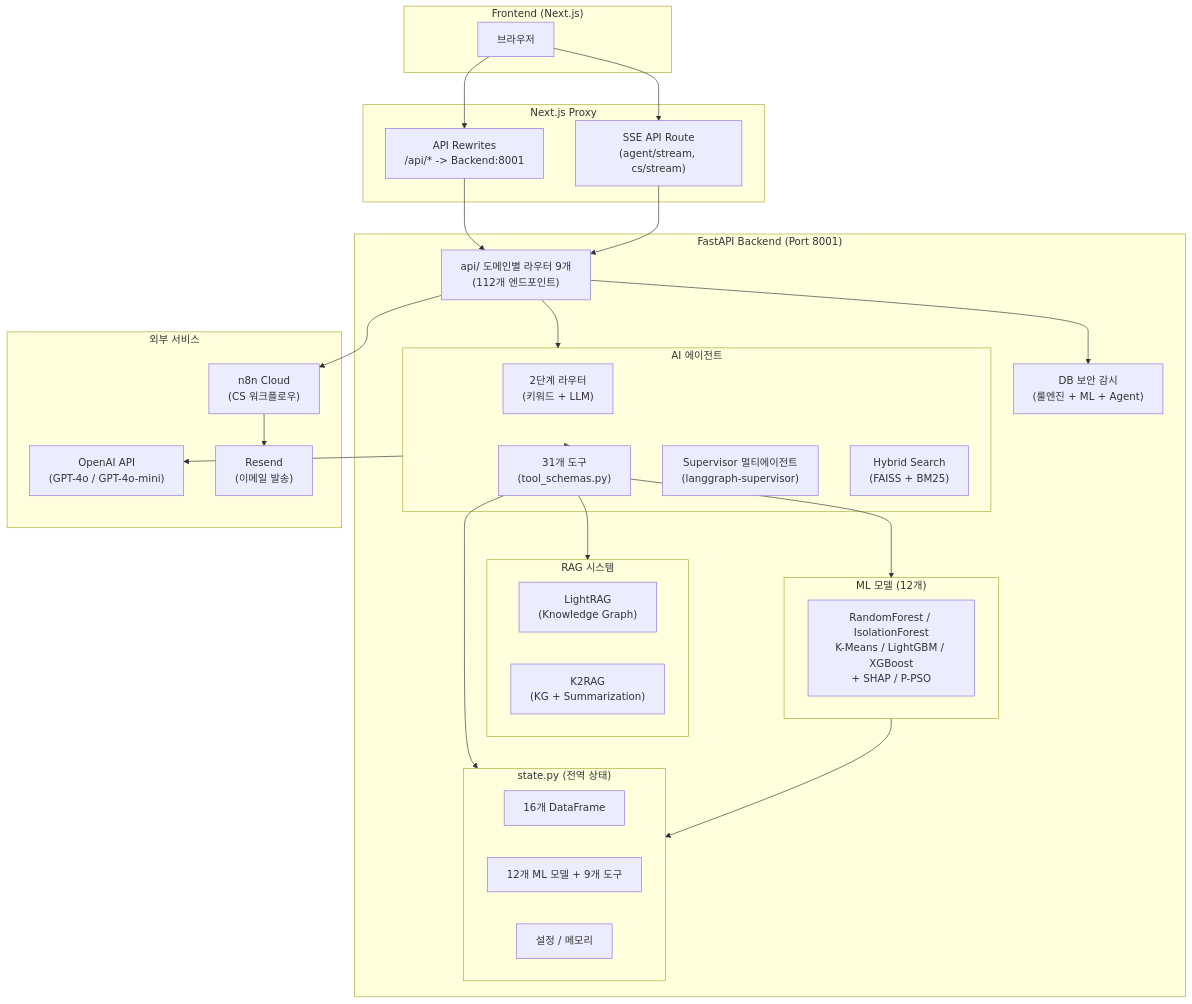
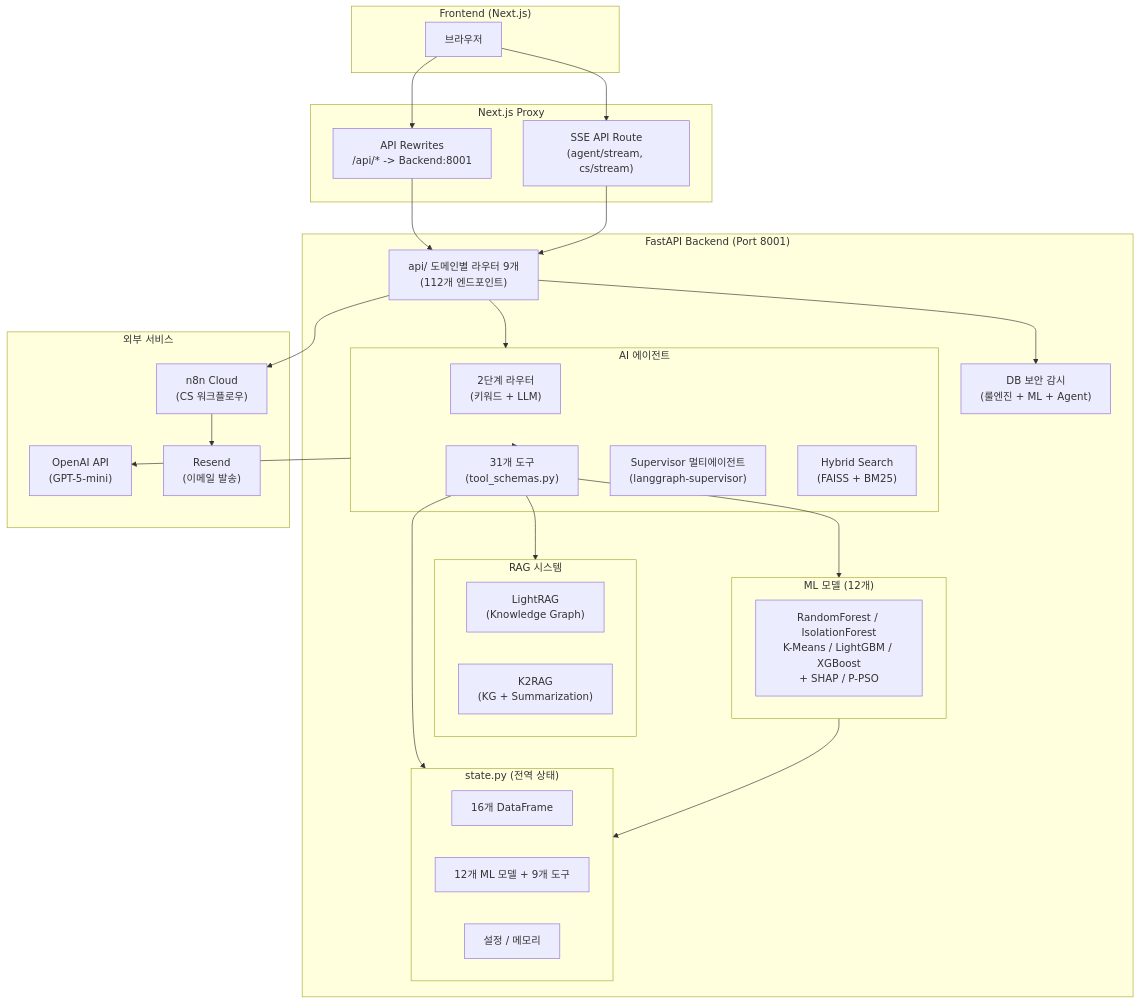
The first of 25 diagrams in backend 리팩토링 시작/README.md (ASNGG/cafe24-demo), drawn with Mermaid before and after one commit. The commit also changed other lines of this file and 25 other files, not shown here.

````diff
--- a/backend 리팩토링 시작/README.md
+++ b/backend 리팩토링 시작/README.md
@@ -265,54 +281,54 @@
 ```mermaid
 flowchart TB
     subgraph Client["Frontend (Next.js)"]
         FE["브라우저"]
     end
 
     subgraph Proxy["Next.js Proxy"]
         NP["API Rewrites<br/>/api/* -> Backend:8001"]
         SSE["SSE API Route<br/>(agent/stream, cs/stream)"]
     end
 
     subgraph Backend["FastAPI Backend (Port 8001)"]
         ROUTES["api/ 도메인별 라우터 9개<br/>(112개 엔드포인트)"]
 
         subgraph Agent["AI 에이전트"]
             ROUTER["2단계 라우터<br/>(키워드 + LLM)"]
             TOOLS["31개 도구<br/>(tool_schemas.py)"]
             SUPERVISOR["Supervisor 멀티에이전트<br/>(langgraph-supervisor)"]
             HYBRID["하이브리드 라우팅<br/>(워커 직접 / Supervisor 경유)"]
         end
 
         subgraph RAG["RAG 시스템"]
             HYBRID["Hybrid Search<br/>(FAISS + BM25)"]
             LIGHTRAG["LightRAG<br/>(Knowledge Graph)"]
             K2RAG["K2RAG<br/>(KG + Summarization)"]
         end
 
         subgraph ML["ML 모델 (12개)"]
             MODELS["RandomForest / IsolationForest<br/>K-Means / LightGBM / XGBoost<br/>+ SHAP / P-PSO"]
         end
 
         subgraph State["state.py (전역 상태)"]
             DF["16개 DataFrame"]
             MLV["12개 ML 모델 + 9개 도구"]
             CFG["설정 / 메모리"]
         end
 
         GUARDIAN["DB 보안 감시<br/>(룰엔진 + ML + Agent)"]
     end
 
     subgraph External["외부 서비스"]
-        OPENAI["OpenAI API<br/>(GPT-4o / GPT-4o-mini)"]
+        OPENAI["OpenAI API<br/>(GPT-5-mini)"]
         N8N["n8n Cloud<br/>(CS 워크플로우)"]
         RESEND["Resend<br/>(이메일 발송)"]
     end
 
     FE --> NP & SSE --> ROUTES
     ROUTES --> Agent --> TOOLS --> ML & RAG
     ROUTES --> GUARDIAN
     Agent --> OPENAI
     ROUTES --> N8N --> RESEND
     TOOLS --> State
     ML --> State
 ```
````
